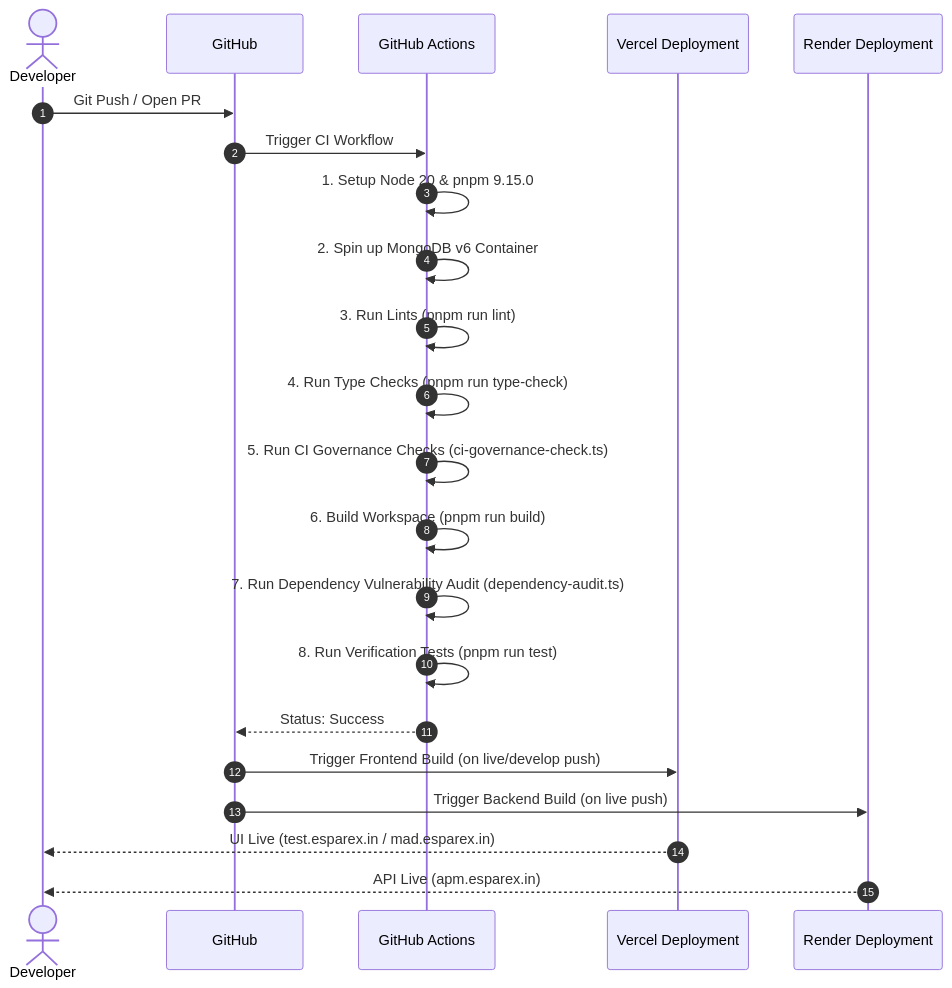
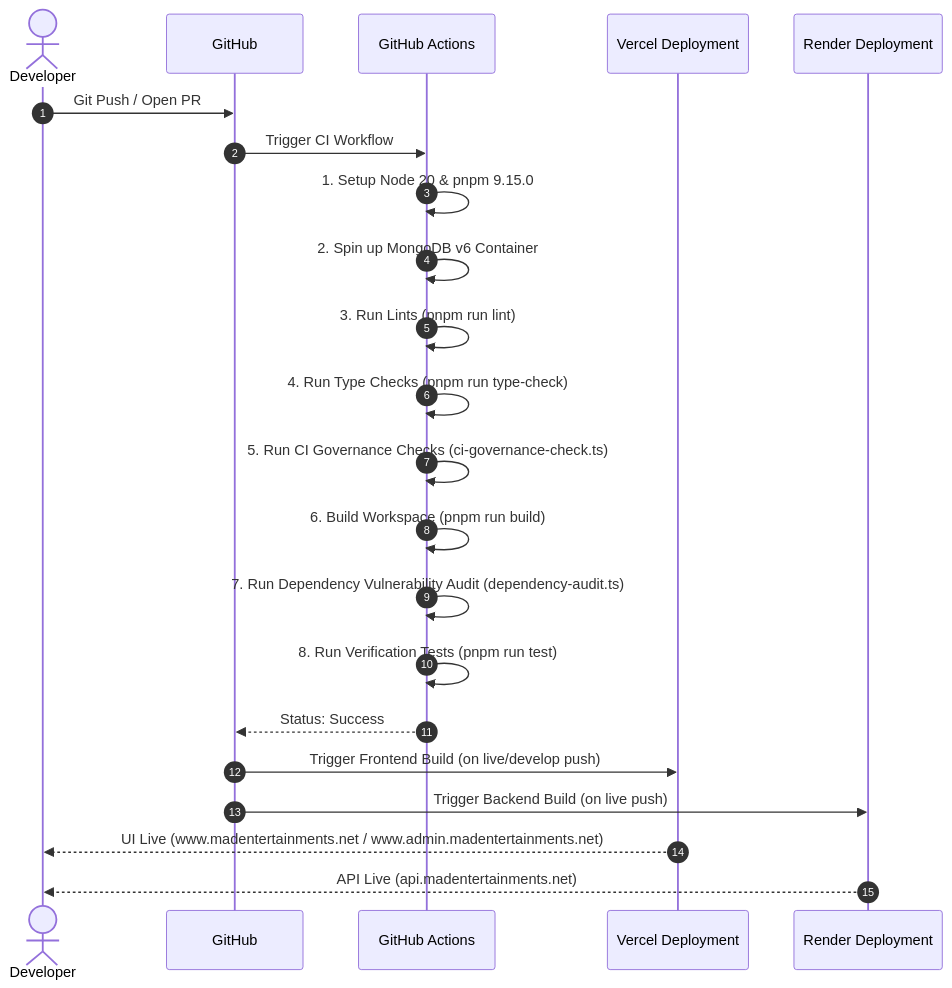
Before and after one commit to adminmadusa/MAD-Entertrainment: the second of 2 diagrams in DEPLOYMENT_MAP.md, drawn with Mermaid. The commit also changed other lines of this file and 42 other files, not shown here.

````diff
--- a/DEPLOYMENT_MAP.md
+++ b/DEPLOYMENT_MAP.md
@@ -223,25 +223,25 @@
 ```mermaid
 sequenceDiagram
   autonumber
   actor Dev as Developer
   participant Git as GitHub
   participant CI as GitHub Actions
   participant Vercel as Vercel Deployment
   participant Render as Render Deployment
 
   Dev->>Git: Git Push / Open PR
   Git->>CI: Trigger CI Workflow
   CI->>CI: 1. Setup Node 20 & pnpm 9.15.0
   CI->>CI: 2. Spin up MongoDB v6 Container
   CI->>CI: 3. Run Lints (pnpm run lint)
   CI->>CI: 4. Run Type Checks (pnpm run type-check)
   CI->>CI: 5. Run CI Governance Checks (ci-governance-check.ts)
   CI->>CI: 6. Build Workspace (pnpm run build)
   CI->>CI: 7. Run Dependency Vulnerability Audit (dependency-audit.ts)
   CI->>CI: 8. Run Verification Tests (pnpm run test)
   CI-->>Git: Status: Success
   Git->>Vercel: Trigger Frontend Build (on live/develop push)
   Git->>Render: Trigger Backend Build (on live push)
-  Vercel-->>Dev: UI Live (test.esparex.in / mad.esparex.in)
-  Render-->>Dev: API Live (apm.esparex.in)
+  Vercel-->>Dev: UI Live (www.madentertainments.net / www.admin.madentertainments.net)
+  Render-->>Dev: API Live (api.madentertainments.net)
 ```
````
